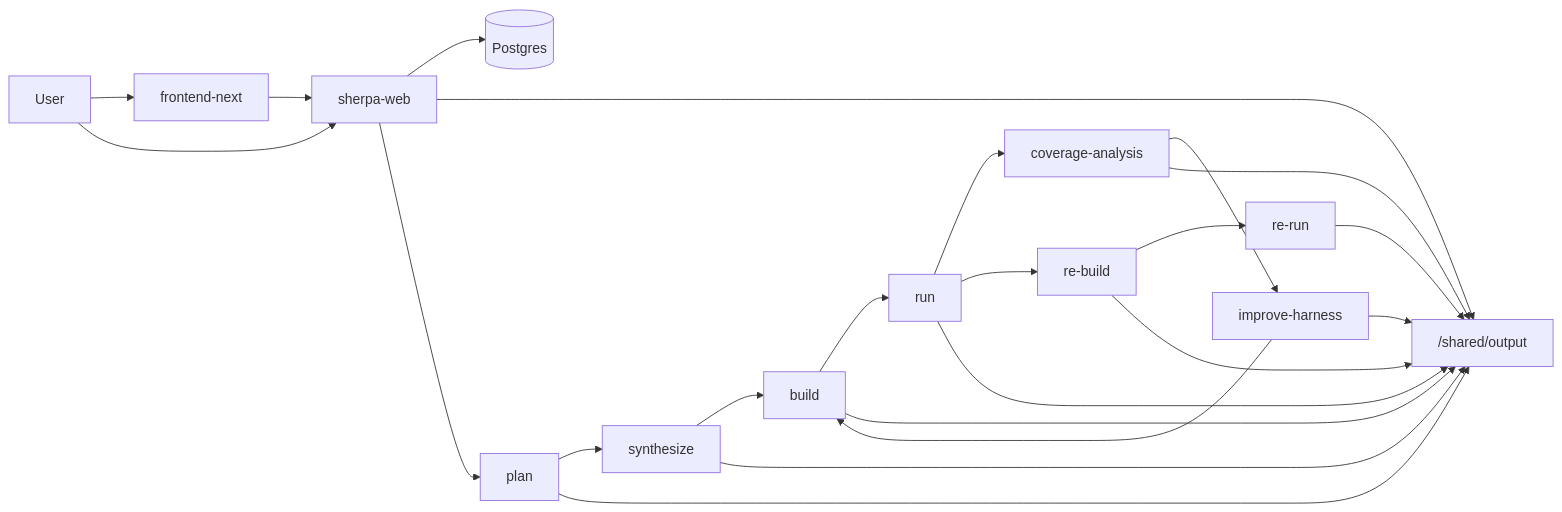
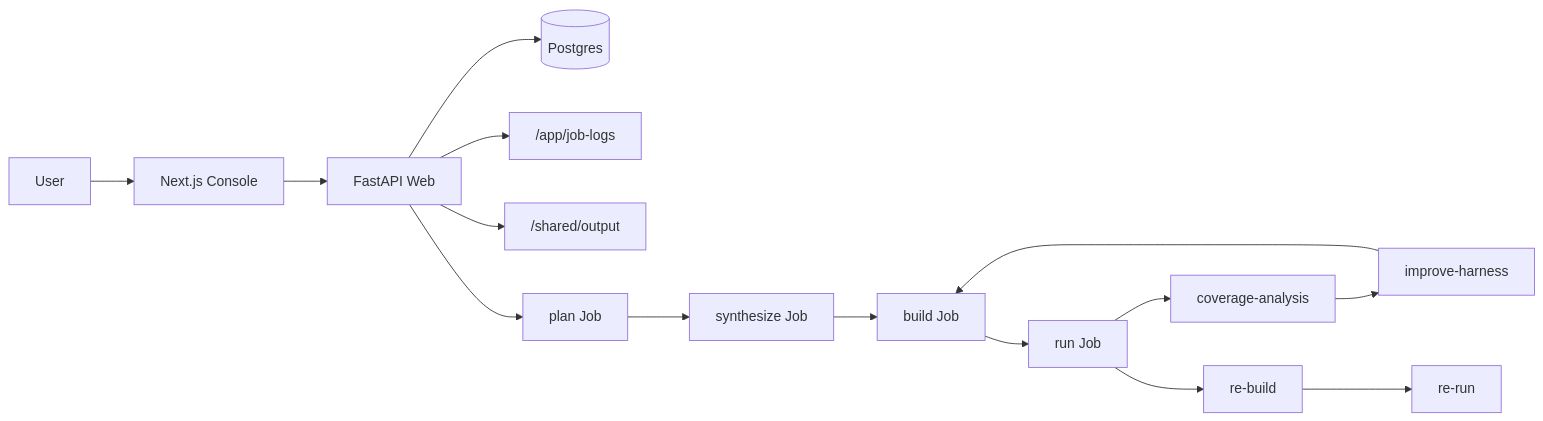
The diagram in README.md (ZUENS2020/Sherpa), drawn with Mermaid before and after one commit. The commit also changed other lines of this file and 6 other files, not shown here.

````diff
--- a/README.md
+++ b/README.md
@@ -32,26 +21,18 @@
 ```mermaid
 flowchart LR
-  U["User"] --> FE["frontend-next"]
-  U --> API["sherpa-web"]
-  FE --> API
+  U["User"] --> FE["Next.js Console"]
+  FE --> API["FastAPI Web"]
   API --> DB[("Postgres")]
+  API --> LOGS["/app/job-logs"]
   API --> OUT["/shared/output"]
 
-  API --> P["plan"]
-  P --> S["synthesize"]
-  S --> B["build"]
-  B --> R["run"]
-  R --> CA["coverage-analysis"]
+  API --> PLAN["plan Job"]
+  PLAN --> SYN["synthesize Job"]
+  SYN --> BUILD["build Job"]
+  BUILD --> RUN["run Job"]
+  RUN --> CA["coverage-analysis"]
   CA --> IH["improve-harness"]
-  IH --> B
-  R --> RB["re-build"]
+  IH --> BUILD
+  RUN --> RB["re-build"]
   RB --> RR["re-run"]
-  RR --> OUT
-  P --> OUT
-  S --> OUT
-  B --> OUT
-  R --> OUT
-  CA --> OUT
-  IH --> OUT
-  RB --> OUT
 ```
````
